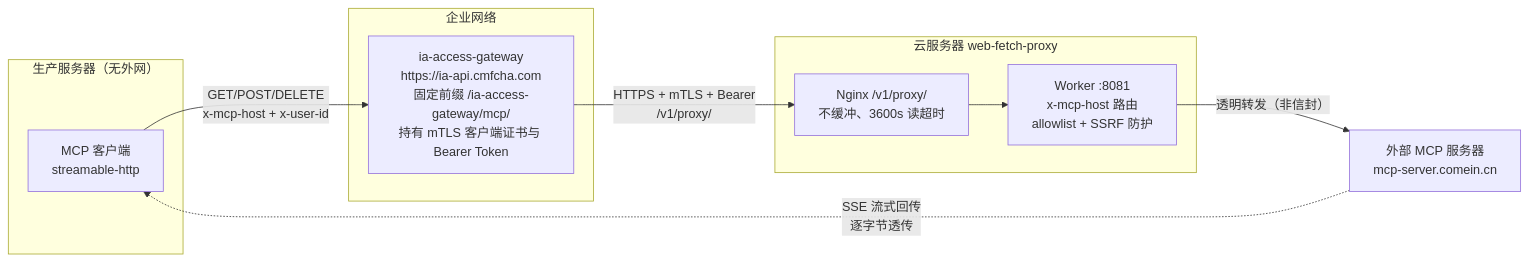
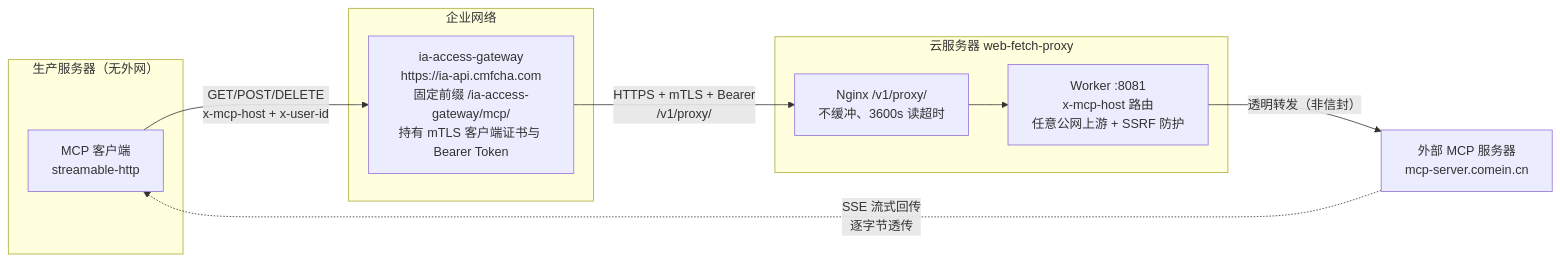
Before and after one commit to damaohongtu/web-fetch-proxy: the third of 3 diagrams in docs/architecture.md, drawn with Mermaid. The commit also changed other lines of this file and 14 other files, not shown here.

````diff
--- a/docs/architecture.md
+++ b/docs/architecture.md
@@ -266,20 +266,20 @@
 ```mermaid
 flowchart LR
     subgraph PROD["生产服务器（无外网）"]
         MCP_CLIENT["MCP 客户端<br/>streamable-http"]
     end
     subgraph ENT["企业网络"]
         GW["ia-access-gateway<br/>https://ia-api.cmfcha.com<br/>固定前缀 /ia-access-gateway/mcp/<br/>持有 mTLS 客户端证书与 Bearer Token"]
     end
     subgraph CLOUD2["云服务器 web-fetch-proxy"]
         NGINX2["Nginx /v1/proxy/<br/>不缓冲、3600s 读超时"]
-        WORKER2["Worker :8081<br/>x-mcp-host 路由<br/>allowlist + SSRF 防护"]
+        WORKER2["Worker :8081<br/>x-mcp-host 路由<br/>任意公网上游 + SSRF 防护"]
     end
     UPSTREAM["外部 MCP 服务器<br/>mcp-server.comein.cn"]
 
     MCP_CLIENT -->|"GET/POST/DELETE<br/>x-mcp-host + x-user-id"| GW
     GW -->|"HTTPS + mTLS + Bearer<br/>/v1/proxy/<path>"| NGINX2
     NGINX2 --> WORKER2
     WORKER2 -->|"透明转发（非信封）"| UPSTREAM
     UPSTREAM -.->|"SSE 流式回传<br/>逐字节透传"| MCP_CLIENT
 ```
````
